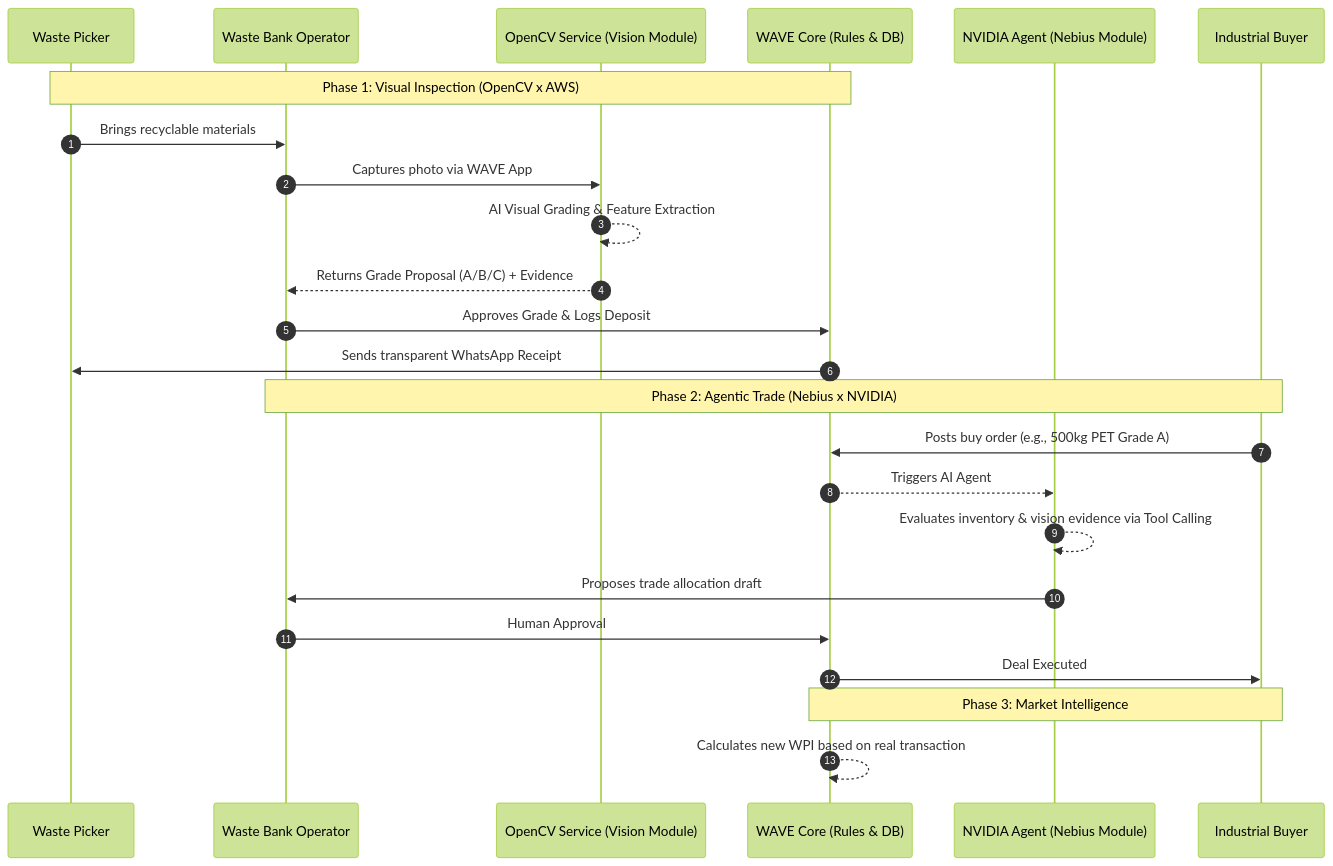
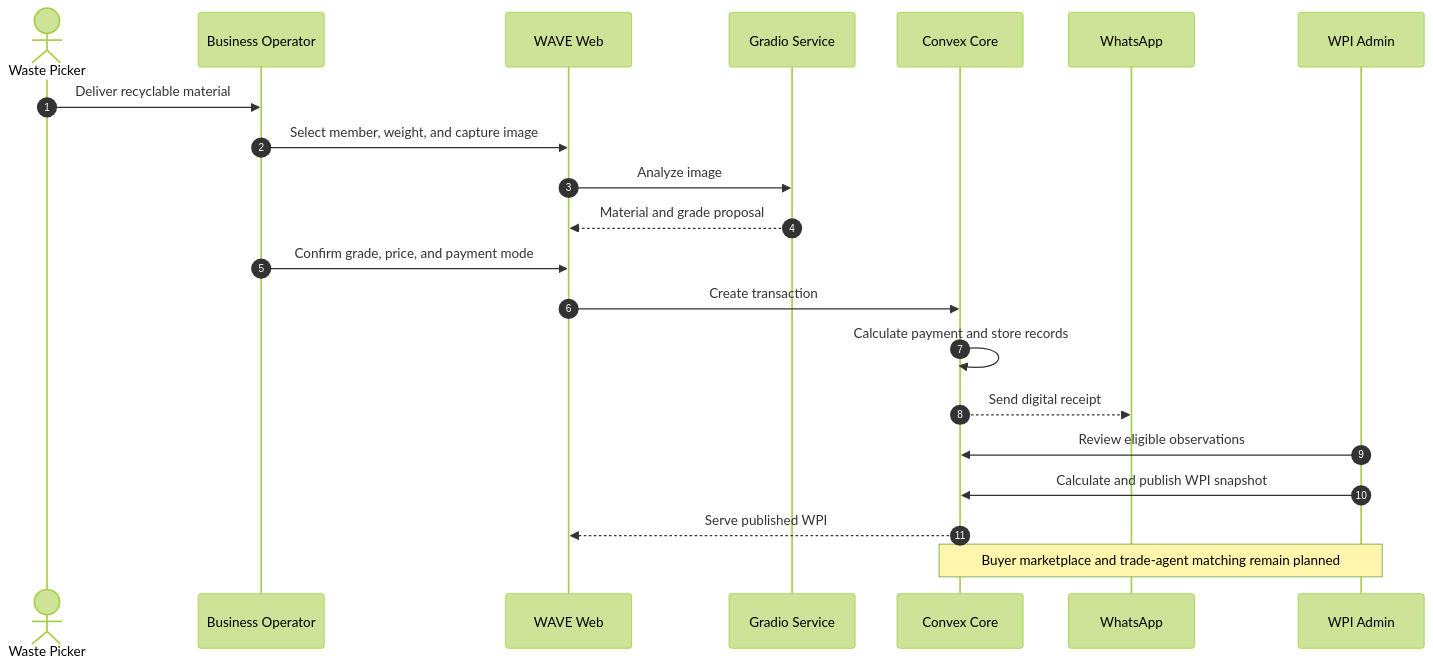
Before and after one commit to NexTalents/Wave: the second of 2 diagrams in README.md, drawn with Mermaid (forest theme). The commit also changed other lines of this file, not shown here.

````diff
--- a/README.md
+++ b/README.md
@@ -18,29 +91,25 @@
 ```mermaid
 sequenceDiagram
     autonumber
-    participant P as Waste Picker
-    participant OBS as Waste Bank Operator
-    participant CV as OpenCV Service (Vision Module)
-    participant CORE as WAVE Core (Rules & DB)
-    participant AGENT as NVIDIA Agent (Nebius Module)
-    participant BUY as Industrial Buyer
+    actor Picker as Waste Picker
+    participant Operator as Business Operator
+    participant Web as WAVE Web
+    participant Gradio as Gradio Service
+    participant Core as Convex Core
+    participant WA as WhatsApp
+    participant Admin as WPI Admin
 
-    Note over P, CORE: Phase 1: Visual Inspection (OpenCV x AWS)
-    P->>OBS: Brings recyclable materials
-    OBS->>CV: Captures photo via WAVE App
-    CV-->>CV: AI Visual Grading & Feature Extraction
-    CV-->>OBS: Returns Grade Proposal (A/B/C) + Evidence
-    OBS->>CORE: Approves Grade & Logs Deposit
-    CORE->>P: Sends transparent WhatsApp Receipt
+    Picker->>Operator: Deliver recyclable material
+    Operator->>Web: Select member, weight, and capture image
+    Web->>Gradio: Analyze image
+    Gradio-->>Web: Material and grade proposal
+    Operator->>Web: Confirm grade, price, and payment mode
+    Web->>Core: Create transaction
+    Core->>Core: Calculate payment and store records
+    Core-->>WA: Send digital receipt
+    Admin->>Core: Review eligible observations
+    Admin->>Core: Calculate and publish WPI snapshot
+    Core-->>Web: Serve published WPI
 
-    Note over OBS, BUY: Phase 2: Agentic Trade (Nebius x NVIDIA)
-    BUY->>CORE: Posts buy order (e.g., 500kg PET Grade A)
-    CORE-->>AGENT: Triggers AI Agent
-    AGENT-->>AGENT: Evaluates inventory & vision evidence via Tool Calling
-    AGENT->>OBS: Proposes trade allocation draft
-    OBS->>CORE: Human Approval
-    CORE->>BUY: Deal Executed
-    
-    Note over CORE, BUY: Phase 3: Market Intelligence
-    CORE-->>CORE: Calculates new WPI based on real transaction
+    Note over Core,Admin: Buyer marketplace and trade-agent matching remain planned
 ```
````
